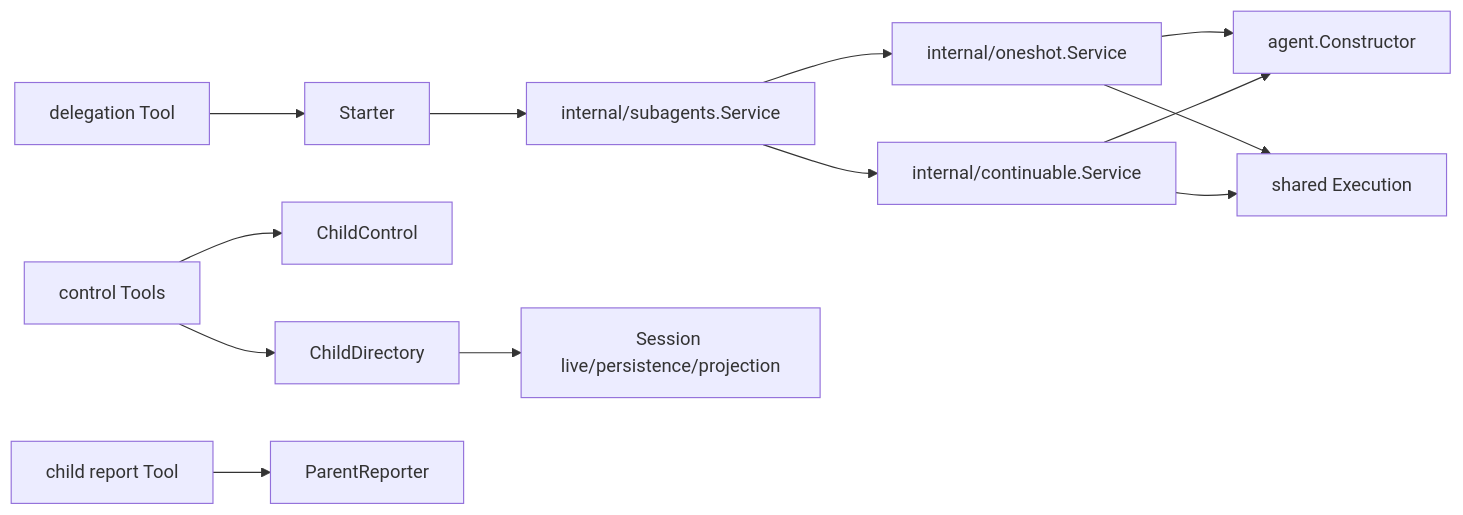
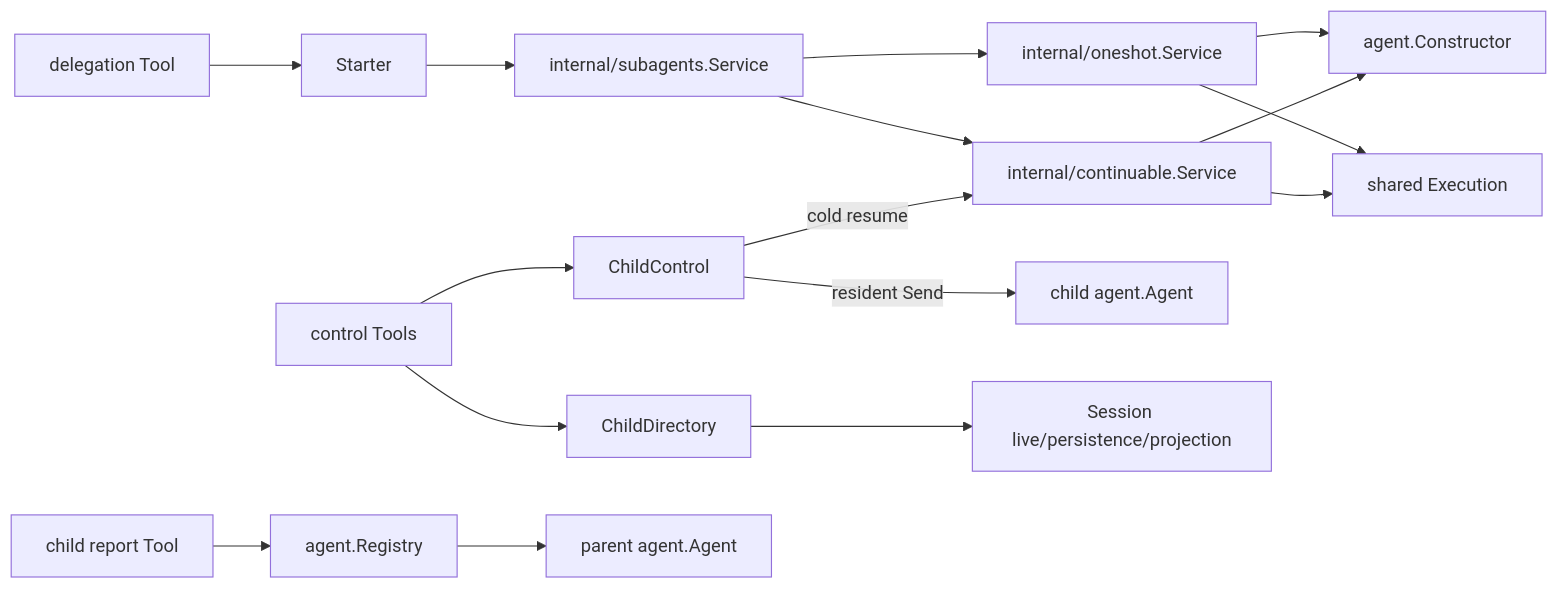
One commit to gorenx/goren changed the diagram in subagent/README.zh-CN.md. Above: the diagram before and after it, drawn with Mermaid. The commit also changed other lines of this file and 11 other files, not shown here.

````diff
--- a/subagent/README.zh-CN.md
+++ b/subagent/README.zh-CN.md
@@ -56,15 +56,18 @@
 ```mermaid
 flowchart LR
     Tool[delegation Tool] --> Starter
     Starter[Starter] --> Service[internal/subagents.Service]
     Service --> OneShot[internal/oneshot.Service]
     Service --> Continuable[internal/continuable.Service]
     OneShot --> Constructor[agent.Constructor]
     Continuable --> Constructor
     OneShot --> Execution[shared Execution]
     Continuable --> Execution
     Control[control Tools] --> ChildControl
+    ChildControl -->|resident Send| ChildAgent[child agent.Agent]
+    ChildControl -->|cold resume| Continuable
     Control --> Directory[ChildDirectory]
-    Report[child report Tool] --> ParentReporter
+    Report[child report Tool] --> Registry[agent.Registry]
+    Registry --> ParentAgent[parent agent.Agent]
     Directory --> Sessions[Session live/persistence/projection]
 ```
````
